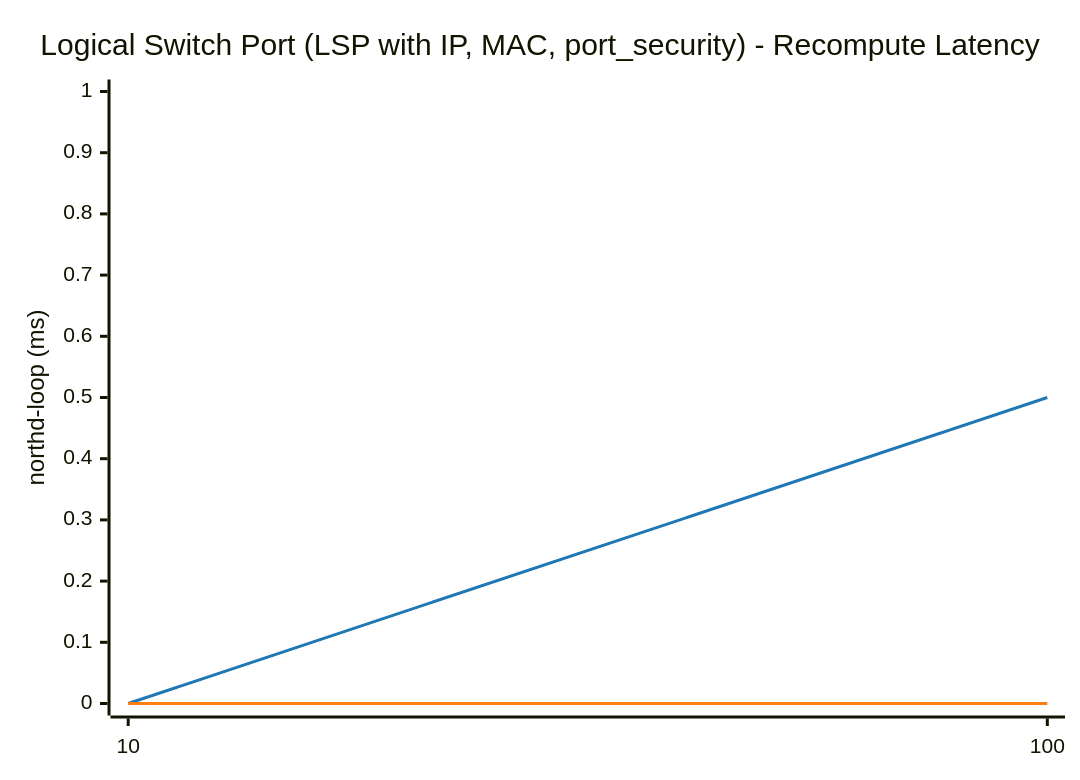
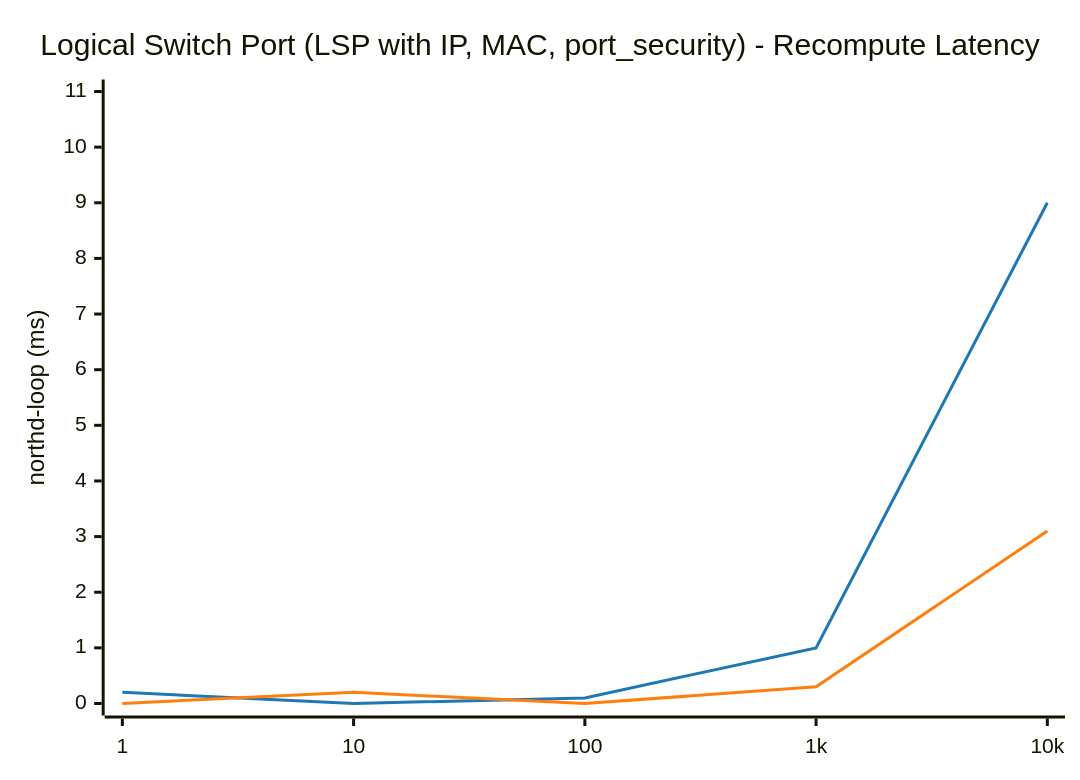
Before and after one commit to LionelJouin/ovs-ovn-bench: the first of 14 diagrams in results/BENCHMARK_REPORT.md, drawn with Mermaid. The commit also changed other lines of this file and 4 other files, not shown here.

````diff
--- a/results/BENCHMARK_REPORT.md
+++ b/results/BENCHMARK_REPORT.md
@@ -62,14 +113,14 @@
 ```mermaid
 ---
 config:
     themeVariables:
         xyChart:
             plotColorPalette: "#1f77b4, #ff7f0e"
 ---
 xychart-beta
     title "Logical Switch Port (LSP with IP, MAC, port_security) - Recompute Latency"
-    x-axis ["10", "100"]
-    y-axis "northd-loop (ms)" 0 --> 1
-    line "glibc malloc" [0.0, 0.5]
-    line "jemalloc" [0.0, 0.0]
+    x-axis ["1", "10", "100", "1k", "10k"]
+    y-axis "northd-loop (ms)" 0 --> 11
+    line "glibc malloc" [0.2, 0.0, 0.1, 1.0, 9.0]
+    line "jemalloc" [0.0, 0.2, 0.0, 0.3, 3.1]
 ```
````
